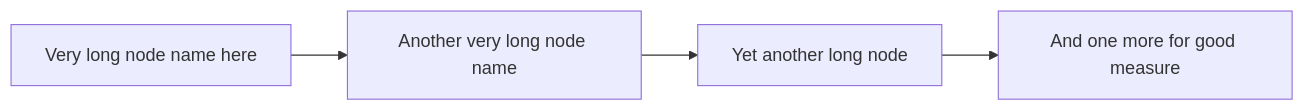
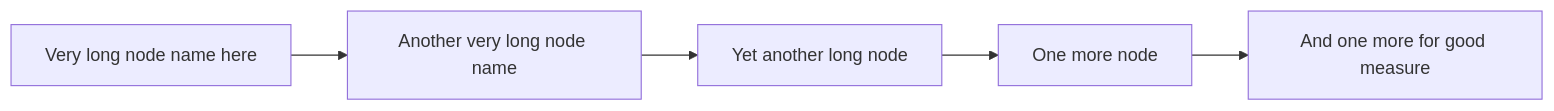
One commit to paw-hermansen/Markdown-Viewditor changed the fifth of 8 diagrams in testing/MathChemMermaid-All.md. Above: the diagram before and after it, drawn with Mermaid. The commit also changed 6 other files, not shown here.

First line of the commit message:
Mermaid docs + fix for macOS (#138)

````diff
--- a/testing/MathChemMermaid-All.md
+++ b/testing/MathChemMermaid-All.md
@@ -367,4 +367,4 @@
 ```mermaid {fitToWidth=false}
 graph LR
-    A[Very long node name here] --> B[Another very long node name] --> C[Yet another long node] --> D[And one more for good measure]
+    A[Very long node name here] --> B[Another very long node name] --> C[Yet another long node] --> D[One more node] --> E[And one more for good measure]
 ```
````
